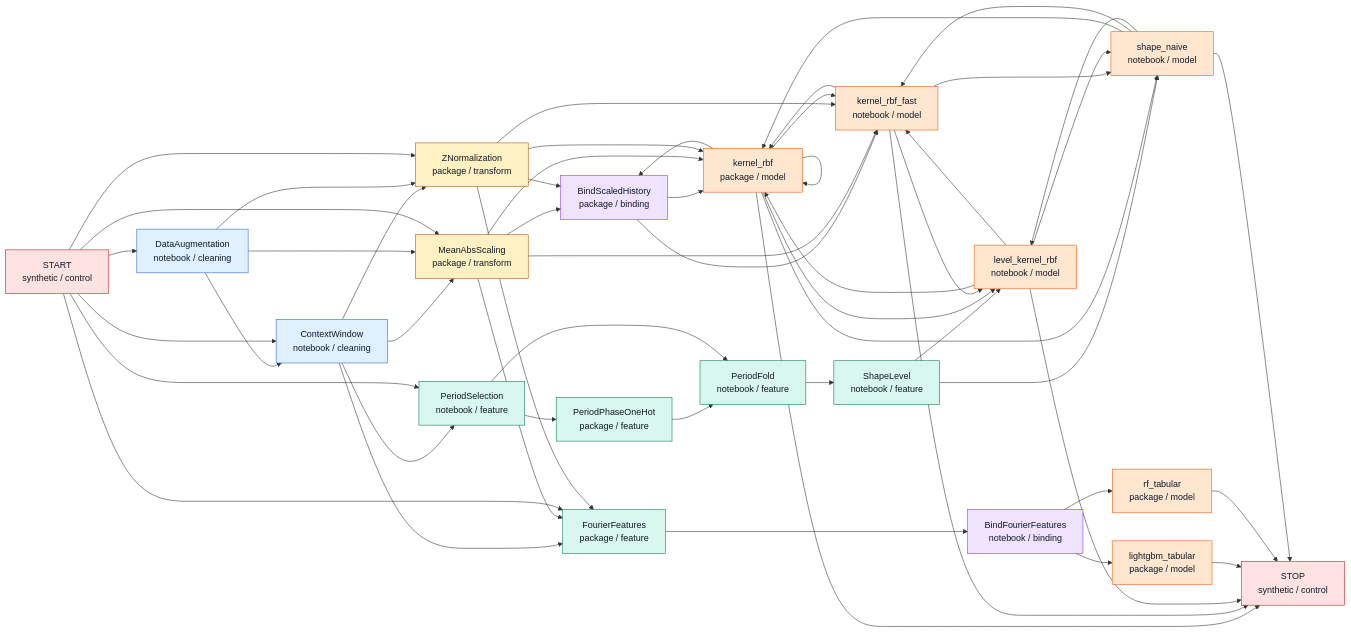
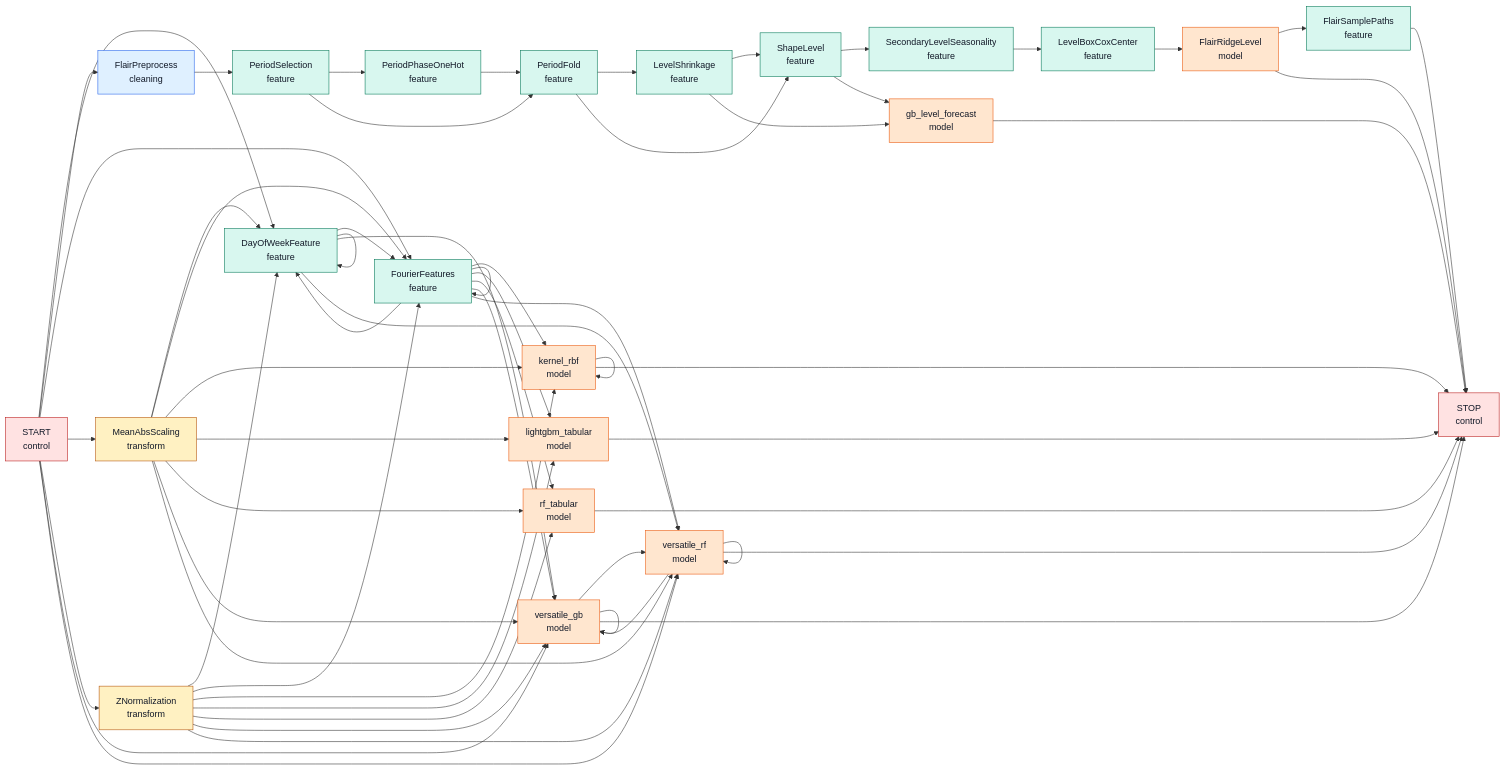
One commit to chahineNejm/graph_Time_series changed the diagram in token_graph_catalog/outputs/token_graph.md. Above: the diagram before and after it, drawn with Mermaid. The commit also changed other lines of this file and 25 other files, not shown here.

````diff
--- a/token_graph_catalog/outputs/token_graph.md
+++ b/token_graph_catalog/outputs/token_graph.md
@@ -11,82 +31,97 @@
 ```mermaid
 flowchart LR
-  n_START["START<br/>synthetic / control"]:::control
-  n_STOP["STOP<br/>synthetic / control"]:::control
-  n_ContextWindow["ContextWindow<br/>notebook / cleaning"]:::cleaning
-  n_DataAugmentation["DataAugmentation<br/>notebook / cleaning"]:::cleaning
-  n_MeanAbsScaling["MeanAbsScaling<br/>package / transform"]:::transform
-  n_ZNormalization["ZNormalization<br/>package / transform"]:::transform
-  n_FourierFeatures["FourierFeatures<br/>package / feature"]:::feature
-  n_PeriodFold["PeriodFold<br/>notebook / feature"]:::feature
-  n_PeriodPhaseOneHot["PeriodPhaseOneHot<br/>package / feature"]:::feature
-  n_PeriodSelection["PeriodSelection<br/>notebook / feature"]:::feature
-  n_ShapeLevel["ShapeLevel<br/>notebook / feature"]:::feature
-  n_BindFourierFeatures["BindFourierFeatures<br/>notebook / binding"]:::binding
-  n_BindScaledHistory["BindScaledHistory<br/>package / binding"]:::binding
-  n_kernel_rbf["kernel_rbf<br/>package / model"]:::model
-  n_kernel_rbf_fast["kernel_rbf_fast<br/>notebook / model"]:::model
-  n_level_kernel_rbf["level_kernel_rbf<br/>notebook / model"]:::model
-  n_lightgbm_tabular["lightgbm_tabular<br/>package / model"]:::model
-  n_rf_tabular["rf_tabular<br/>package / model"]:::model
-  n_shape_naive["shape_naive<br/>notebook / model"]:::model
-  n_BindFourierFeatures --> n_lightgbm_tabular
-  n_BindFourierFeatures --> n_rf_tabular
-  n_BindScaledHistory --> n_kernel_rbf
-  n_BindScaledHistory --> n_kernel_rbf_fast
-  n_ContextWindow --> n_FourierFeatures
-  n_ContextWindow --> n_MeanAbsScaling
-  n_ContextWindow --> n_PeriodSelection
-  n_ContextWindow --> n_ZNormalization
-  n_DataAugmentation --> n_ContextWindow
-  n_DataAugmentation --> n_MeanAbsScaling
-  n_DataAugmentation --> n_ZNormalization
-  n_FourierFeatures --> n_BindFourierFeatures
-  n_MeanAbsScaling --> n_BindScaledHistory
+  n_START["START<br/>control"]:::control
+  n_STOP["STOP<br/>control"]:::control
+  n_FlairPreprocess["FlairPreprocess<br/>cleaning"]:::cleaning
+  n_MeanAbsScaling["MeanAbsScaling<br/>transform"]:::transform
+  n_ZNormalization["ZNormalization<br/>transform"]:::transform
+  n_DayOfWeekFeature["DayOfWeekFeature<br/>feature"]:::feature
+  n_FourierFeatures["FourierFeatures<br/>feature"]:::feature
+  n_LevelBoxCoxCenter["LevelBoxCoxCenter<br/>feature"]:::feature
+  n_LevelShrinkage["LevelShrinkage<br/>feature"]:::feature
+  n_PeriodFold["PeriodFold<br/>feature"]:::feature
+  n_PeriodPhaseOneHot["PeriodPhaseOneHot<br/>feature"]:::feature
+  n_PeriodSelection["PeriodSelection<br/>feature"]:::feature
+  n_SecondaryLevelSeasonality["SecondaryLevelSeasonality<br/>feature"]:::feature
+  n_ShapeLevel["ShapeLevel<br/>feature"]:::feature
+  n_FlairRidgeLevel["FlairRidgeLevel<br/>model"]:::model
+  n_FlairSamplePaths["FlairSamplePaths<br/>feature"]:::feature
+  n_gb_level_forecast["gb_level_forecast<br/>model"]:::model
+  n_kernel_rbf["kernel_rbf<br/>model"]:::model
+  n_lightgbm_tabular["lightgbm_tabular<br/>model"]:::model
+  n_rf_tabular["rf_tabular<br/>model"]:::model
+  n_versatile_gb["versatile_gb<br/>model"]:::model
+  n_versatile_rf["versatile_rf<br/>model"]:::model
+
+  n_START --> n_DayOfWeekFeature
+  n_START --> n_FlairPreprocess
+  n_START --> n_FourierFeatures
+  n_START --> n_MeanAbsScaling
+  n_START --> n_ZNormalization
+  n_START --> n_versatile_gb
+  n_START --> n_versatile_rf
+
+  n_ZNormalization --> n_DayOfWeekFeature
+  n_ZNormalization --> n_FourierFeatures
+  n_ZNormalization --> n_kernel_rbf
+  n_ZNormalization --> n_lightgbm_tabular
+  n_ZNormalization --> n_rf_tabular
+  n_ZNormalization --> n_versatile_gb
+  n_ZNormalization --> n_versatile_rf
+
+  n_MeanAbsScaling --> n_DayOfWeekFeature
   n_MeanAbsScaling --> n_FourierFeatures
   n_MeanAbsScaling --> n_kernel_rbf
-  n_MeanAbsScaling --> n_kernel_rbf_fast
+  n_MeanAbsScaling --> n_lightgbm_tabular
+  n_MeanAbsScaling --> n_rf_tabular
+  n_MeanAbsScaling --> n_versatile_gb
+  n_MeanAbsScaling --> n_versatile_rf
+
+  n_DayOfWeekFeature --> n_DayOfWeekFeature
+  n_DayOfWeekFeature --> n_FourierFeatures
+  n_DayOfWeekFeature --> n_versatile_gb
+  n_DayOfWeekFeature --> n_versatile_rf
+
+  n_FourierFeatures --> n_DayOfWeekFeature
+  n_FourierFeatures --> n_FourierFeatures
+  n_FourierFeatures --> n_kernel_rbf
+  n_FourierFeatures --> n_lightgbm_tabular
+  n_FourierFeatures --> n_rf_tabular
+  n_FourierFeatures --> n_versatile_gb
+  n_FourierFeatures --> n_versatile_rf
+
+  n_kernel_rbf --> n_kernel_rbf
+  n_kernel_rbf --> n_STOP
+  n_rf_tabular --> n_STOP
+  n_lightgbm_tabular --> n_STOP
+
+  n_versatile_rf --> n_versatile_rf
+  n_versatile_rf --> n_versatile_gb
+  n_versatile_rf --> n_STOP
+  n_versatile_gb --> n_versatile_rf
+  n_versatile_gb --> n_versatile_gb
+  n_versatile_gb --> n_STOP
+
+  n_FlairPreprocess --> n_PeriodSelection
+  n_PeriodSelection --> n_PeriodPhaseOneHot
+  n_PeriodSelection --> n_PeriodFold
+  n_PeriodPhaseOneHot --> n_PeriodFold
+  n_PeriodFold --> n_LevelShrinkage
   n_PeriodFold --> n_ShapeLevel
-  n_PeriodPhaseOneHot --> n_PeriodFold
-  n_PeriodSelection --> n_PeriodFold
-  n_PeriodSelection --> n_PeriodPhaseOneHot
-  n_START --> n_ContextWindow
-  n_START --> n_DataAugmentation
-  n_START --> n_FourierFeatures
-  n_START --> n_MeanAbsScaling
-  n_START --> n_PeriodSelection
-  n_START --> n_ZNormalization
-  n_ShapeLevel --> n_level_kernel_rbf
-  n_ShapeLevel --> n_shape_naive
-  n_ZNormalization --> n_BindScaledHistory
-  n_ZNormalization --> n_FourierFeatures
-  n_ZNormalization --> n_kernel_rbf
-  n_ZNormalization --> n_kernel_rbf_fast
-  n_kernel_rbf --> n_BindScaledHistory
-  n_kernel_rbf --> n_STOP
-  n_kernel_rbf --> n_kernel_rbf
-  n_kernel_rbf --> n_kernel_rbf_fast
-  n_kernel_rbf --> n_level_kernel_rbf
-  n_kernel_rbf --> n_shape_naive
-  n_kernel_rbf_fast --> n_STOP
-  n_kernel_rbf_fast --> n_kernel_rbf
-  n_kernel_rbf_fast --> n_level_kernel_rbf
-  n_kernel_rbf_fast --> n_shape_naive
-  n_level_kernel_rbf --> n_STOP
-  n_level_kernel_rbf --> n_kernel_rbf
-  n_level_kernel_rbf --> n_kernel_rbf_fast
-  n_level_kernel_rbf --> n_shape_naive
-  n_lightgbm_tabular --> n_STOP
-  n_rf_tabular --> n_STOP
-  n_shape_naive --> n_STOP
-  n_shape_naive --> n_kernel_rbf
-  n_shape_naive --> n_kernel_rbf_fast
-  n_shape_naive --> n_level_kernel_rbf
+  n_LevelShrinkage --> n_ShapeLevel
+  n_LevelShrinkage --> n_gb_level_forecast
+  n_ShapeLevel --> n_SecondaryLevelSeasonality
+  n_ShapeLevel --> n_gb_level_forecast
+  n_SecondaryLevelSeasonality --> n_LevelBoxCoxCenter
+  n_LevelBoxCoxCenter --> n_FlairRidgeLevel
+  n_FlairRidgeLevel --> n_FlairSamplePaths
+  n_FlairRidgeLevel --> n_STOP
+  n_FlairSamplePaths --> n_STOP
+  n_gb_level_forecast --> n_STOP
+
   classDef control fill:#ffe2e2,stroke:#b91c1c,stroke-width:1px,color:#111827
   classDef cleaning fill:#dff0ff,stroke:#2563eb,stroke-width:1px,color:#111827
   classDef transform fill:#fff1c2,stroke:#b45309,stroke-width:1px,color:#111827
   classDef feature fill:#d8f7ef,stroke:#047857,stroke-width:1px,color:#111827
-  classDef binding fill:#efe3ff,stroke:#7c3aed,stroke-width:1px,color:#111827
   classDef model fill:#ffe6cf,stroke:#ea580c,stroke-width:1px,color:#111827
-  classDef planned fill:#f4f4f5,stroke:#71717a,stroke-width:1px,color:#111827
-  classDef terminal fill:#f0fdf4,stroke:#166534,stroke-width:1px,color:#111827
 ```
````
